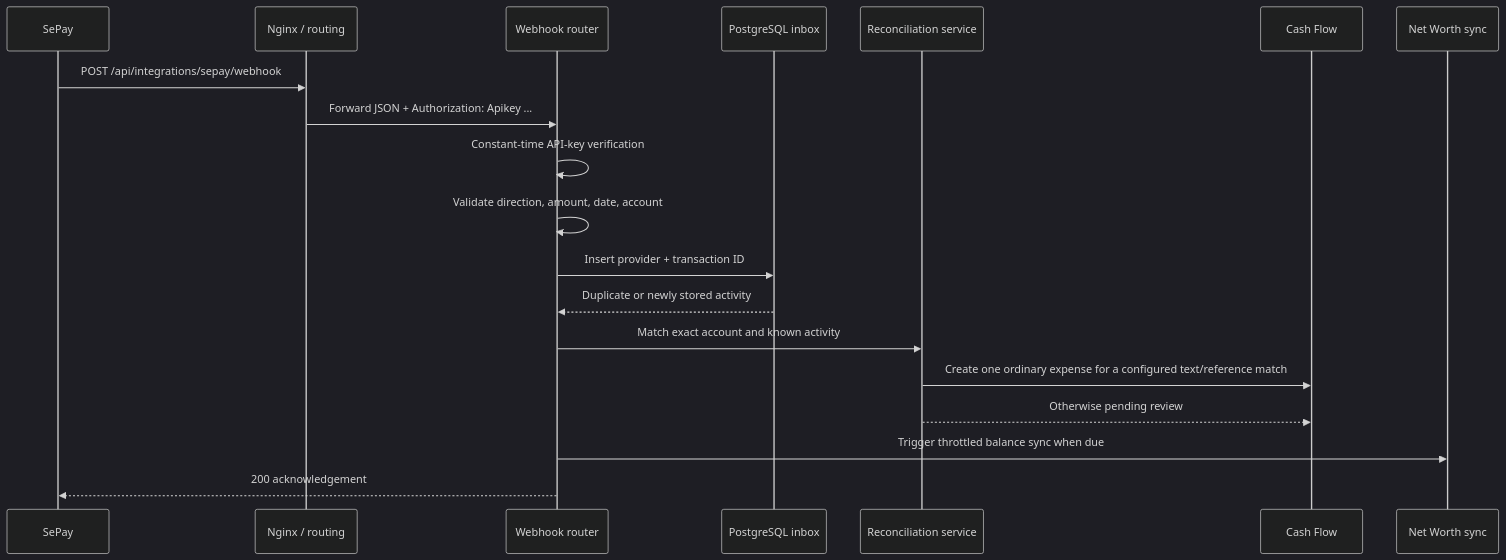
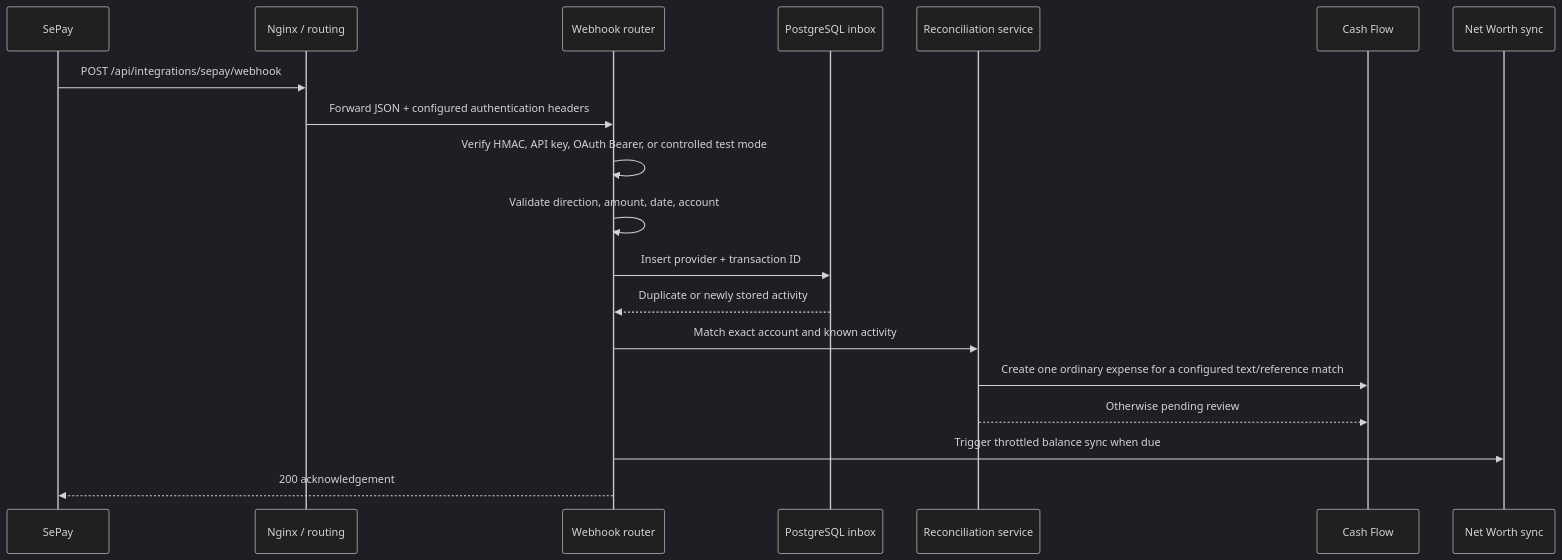
One commit to st-mich43l/apexvoid-ledger changed the sixth of 10 diagrams in docs/ARCHITECTURE.md. Above: the diagram before and after it, drawn with Mermaid (dark theme). The commit also changed other lines of this file and 3 other files, not shown here.

````diff
--- a/docs/ARCHITECTURE.md
+++ b/docs/ARCHITECTURE.md
@@ -241,22 +262,22 @@
 ```mermaid
 sequenceDiagram
     participant SePay
     participant Proxy as Nginx / routing
     participant API as Webhook router
     participant Inbox as PostgreSQL inbox
     participant Match as Reconciliation service
     participant Cash as Cash Flow
     participant Net as Net Worth sync
 
     SePay->>Proxy: POST /api/integrations/sepay/webhook
-    Proxy->>API: Forward JSON + Authorization: Apikey ...
-    API->>API: Constant-time API-key verification
+    Proxy->>API: Forward JSON + configured authentication headers
+    API->>API: Verify HMAC, API key, OAuth Bearer, or controlled test mode
     API->>API: Validate direction, amount, date, account
     API->>Inbox: Insert provider + transaction ID
     Inbox-->>API: Duplicate or newly stored activity
     API->>Match: Match exact account and known activity
     Match->>Cash: Create one ordinary expense for a configured text/reference match
     Match-->>Cash: Otherwise pending review
     API->>Net: Trigger throttled balance sync when due
     API-->>SePay: 200 acknowledgement
 ```
````
